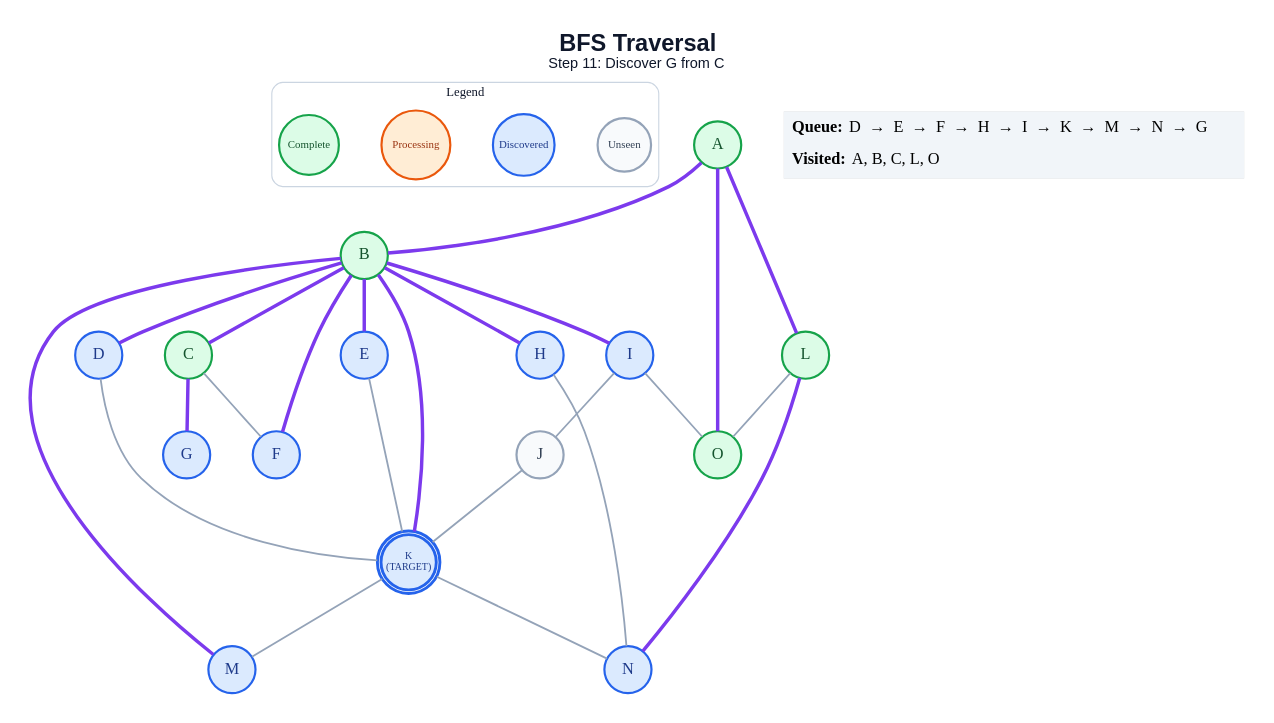
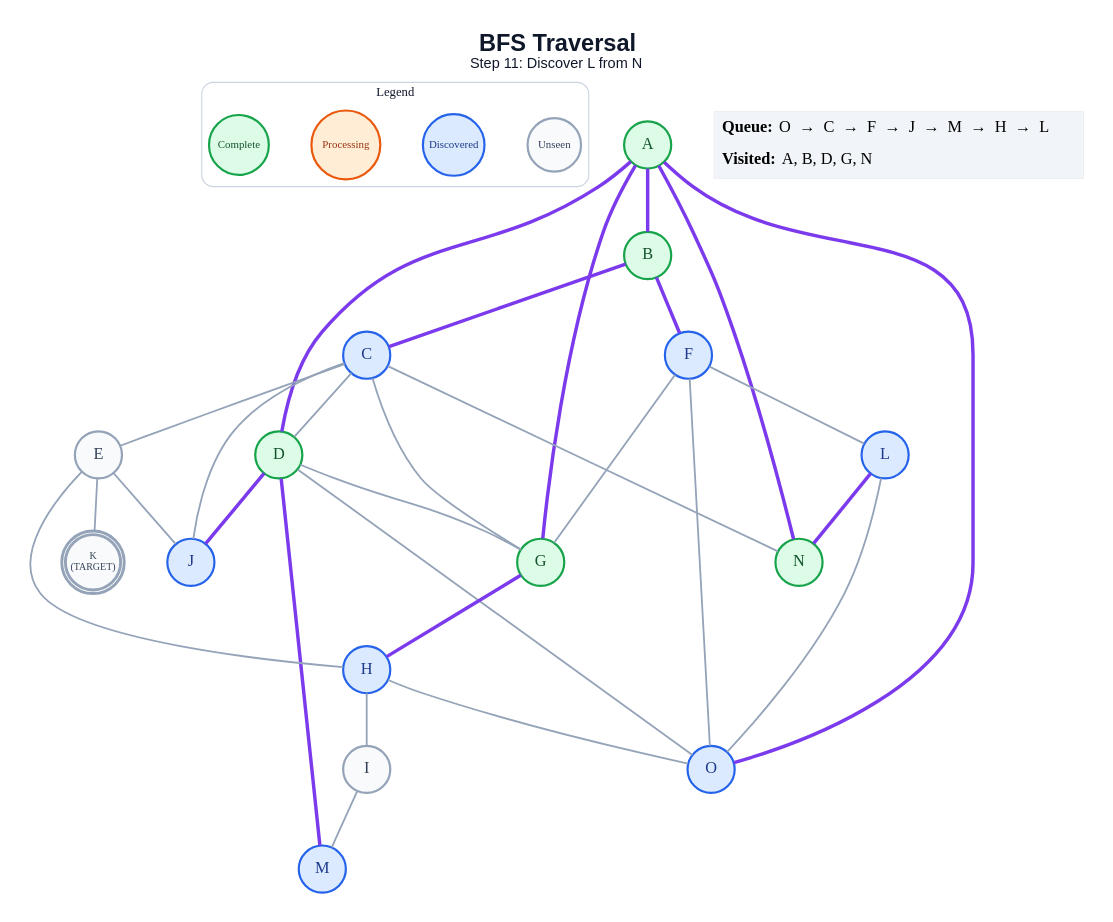
One commit to anon7238593-create/ai-slop changed the diagram in generated/specific-node/bfs/step_11.dot. Above: the diagram before and after it, drawn with Graphviz. The commit also changed 304 other files, not shown here.

```diff
--- a/generated/specific-node/bfs/step_11.dot
+++ b/generated/specific-node/bfs/step_11.dot
@@ -1,57 +1,62 @@
 graph traversal {
   graph [layout=dot, rankdir=TB, bgcolor="#FFFFFF", pad="0.35", nodesep="0.65", ranksep="0.8", fontname="Arial"];
   node [shape=circle, style="filled", fontname="Arial Bold", fontsize=18, width=0.72, fixedsize=true, penwidth=2.4];
   edge [color="#94A3B8", penwidth=2.0];
-  label=<<B>BFS Traversal</B><BR/><FONT POINT-SIZE="16">Step 11: Discover G from C</FONT>>; labelloc="t"; fontsize=26; fontname="Arial"; fontcolor="#0F172A";
+  label=<<B>BFS Traversal</B><BR/><FONT POINT-SIZE="16">Step 11: Discover L from N</FONT>>; labelloc="t"; fontsize=26; fontname="Arial"; fontcolor="#0F172A";
   subgraph cluster_legend { label="Legend"; color="#CBD5E1"; penwidth=1.2; style="rounded"; fontsize=14; fontname="Arial Bold";
     key_unseen [label="Unseen", fillcolor="#F8FAFC", color="#94A3B8", fontcolor="#334155", fontsize=12, width=0.82];
     key_frontier [label="Discovered", fillcolor="#DBEAFE", color="#2563EB", fontcolor="#1E3A8A", fontsize=12, width=0.95];
     key_current [label="Processing", fillcolor="#FFEDD5", color="#EA580C", fontcolor="#9A3412", fontsize=12, width=1.05];
     key_done [label="Complete", fillcolor="#DCFCE7", color="#16A34A", fontcolor="#14532D", fontsize=12, width=0.92];
     { rank=same; key_unseen; key_frontier; key_current; key_done; }
   }
   A [label="A", fillcolor="#DCFCE7", color="#16A34A", fontcolor="#14532D", peripheries=1, penwidth=2.4];
   B [label="B", fillcolor="#DCFCE7", color="#16A34A", fontcolor="#14532D", peripheries=1, penwidth=2.4];
-  C [label="C", fillcolor="#DCFCE7", color="#16A34A", fontcolor="#14532D", peripheries=1, penwidth=2.4];
-  D [label="D", fillcolor="#DBEAFE", color="#2563EB", fontcolor="#1E3A8A", peripheries=1, penwidth=2.4];
-  E [label="E", fillcolor="#DBEAFE", color="#2563EB", fontcolor="#1E3A8A", peripheries=1, penwidth=2.4];
+  C [label="C", fillcolor="#DBEAFE", color="#2563EB", fontcolor="#1E3A8A", peripheries=1, penwidth=2.4];
+  D [label="D", fillcolor="#DCFCE7", color="#16A34A", fontcolor="#14532D", peripheries=1, penwidth=2.4];
+  E [label="E", fillcolor="#F8FAFC", color="#94A3B8", fontcolor="#334155", peripheries=1, penwidth=2.4];
   F [label="F", fillcolor="#DBEAFE", color="#2563EB", fontcolor="#1E3A8A", peripheries=1, penwidth=2.4];
-  G [label="G", fillcolor="#DBEAFE", color="#2563EB", fontcolor="#1E3A8A", peripheries=1, penwidth=2.4];
+  G [label="G", fillcolor="#DCFCE7", color="#16A34A", fontcolor="#14532D", peripheries=1, penwidth=2.4];
   H [label="H", fillcolor="#DBEAFE", color="#2563EB", fontcolor="#1E3A8A", peripheries=1, penwidth=2.4];
-  I [label="I", fillcolor="#DBEAFE", color="#2563EB", fontcolor="#1E3A8A", peripheries=1, penwidth=2.4];
-  J [label="J", fillcolor="#F8FAFC", color="#94A3B8", fontcolor="#334155", peripheries=1, penwidth=2.4];
-  K [label="K\n(TARGET)", fillcolor="#DBEAFE", color="#2563EB", fontcolor="#1E3A8A", peripheries=2, penwidth=3.2, fontsize=11, width=0.85, height=0.85];
-  L [label="L", fillcolor="#DCFCE7", color="#16A34A", fontcolor="#14532D", peripheries=1, penwidth=2.4];
+  I [label="I", fillcolor="#F8FAFC", color="#94A3B8", fontcolor="#334155", peripheries=1, penwidth=2.4];
+  J [label="J", fillcolor="#DBEAFE", color="#2563EB", fontcolor="#1E3A8A", peripheries=1, penwidth=2.4];
+  K [label="K\n(TARGET)", fillcolor="#F8FAFC", color="#94A3B8", fontcolor="#334155", peripheries=2, penwidth=3.2, fontsize=11, width=0.85, height=0.85];
+  L [label="L", fillcolor="#DBEAFE", color="#2563EB", fontcolor="#1E3A8A", peripheries=1, penwidth=2.4];
   M [label="M", fillcolor="#DBEAFE", color="#2563EB", fontcolor="#1E3A8A", peripheries=1, penwidth=2.4];
-  N [label="N", fillcolor="#DBEAFE", color="#2563EB", fontcolor="#1E3A8A", peripheries=1, penwidth=2.4];
-  O [label="O", fillcolor="#DCFCE7", color="#16A34A", fontcolor="#14532D", peripheries=1, penwidth=2.4];
+  N [label="N", fillcolor="#DCFCE7", color="#16A34A", fontcolor="#14532D", peripheries=1, penwidth=2.4];
+  O [label="O", fillcolor="#DBEAFE", color="#2563EB", fontcolor="#1E3A8A", peripheries=1, penwidth=2.4];
   A -- B [color="#7C3AED", penwidth=3.8];
-  A -- L [color="#7C3AED", penwidth=3.8];
+  A -- D [color="#7C3AED", penwidth=3.8];
+  A -- G [color="#7C3AED", penwidth=3.8];
+  A -- N [color="#7C3AED", penwidth=3.8];
   A -- O [color="#7C3AED", penwidth=3.8];
   B -- C [color="#7C3AED", penwidth=3.8];
-  B -- D [color="#7C3AED", penwidth=3.8];
-  B -- E [color="#7C3AED", penwidth=3.8];
   B -- F [color="#7C3AED", penwidth=3.8];
-  B -- H [color="#7C3AED", penwidth=3.8];
-  B -- I [color="#7C3AED", penwidth=3.8];
-  B -- K [color="#7C3AED", penwidth=3.8];
-  B -- M [color="#7C3AED", penwidth=3.8];
-  C -- F;
-  C -- G [color="#7C3AED", penwidth=3.8];
-  D -- K;
+  C -- D;
+  C -- E;
+  C -- G;
+  C -- J;
+  C -- N;
+  D -- G;
+  D -- J [color="#7C3AED", penwidth=3.8];
+  D -- M [color="#7C3AED", penwidth=3.8];
+  D -- O;
+  E -- H;
+  E -- J;
   E -- K;
-  H -- N;
-  I -- J;
-  I -- O;
-  J -- K;
-  K -- M;
-  K -- N;
+  F -- G;
+  F -- L;
+  F -- O;
+  G -- H [color="#7C3AED", penwidth=3.8];
+  H -- I;
+  H -- O;
+  I -- M;
   L -- N [color="#7C3AED", penwidth=3.8];
   L -- O;
   status [shape=plain, fixedsize=false, width=0, height=0, margin=0, label=<
     <TABLE BORDER="0" CELLBORDER="0" CELLPADDING="7" BGCOLOR="#F1F5F9">
-      <TR><TD ALIGN="LEFT"><B>Queue:</B> D  →  E  →  F  →  H  →  I  →  K  →  M  →  N  →  G</TD></TR>
-      <TR><TD ALIGN="LEFT"><B>Visited:</B> A, B, C, L, O</TD></TR>
+      <TR><TD ALIGN="LEFT"><B>Queue:</B> O  →  C  →  F  →  J  →  M  →  H  →  L</TD></TR>
+      <TR><TD ALIGN="LEFT"><B>Visited:</B> A, B, D, G, N</TD></TR>
     </TABLE>
   >];
 }
```
